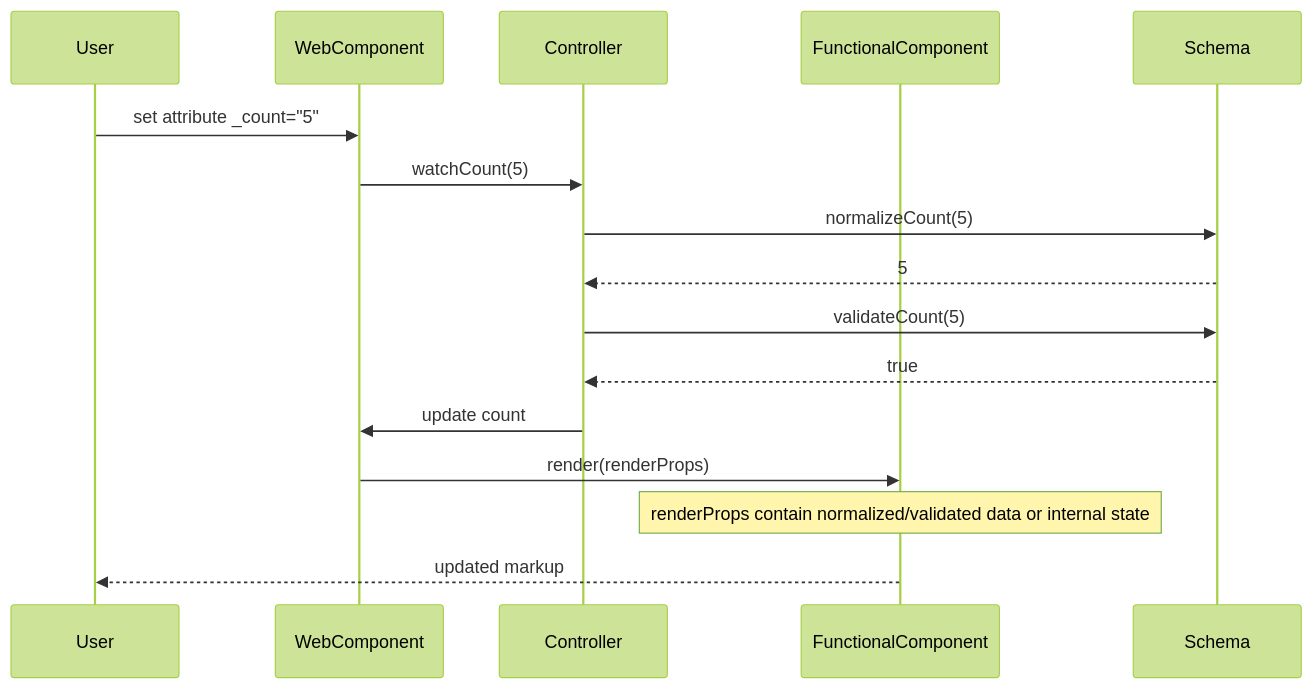
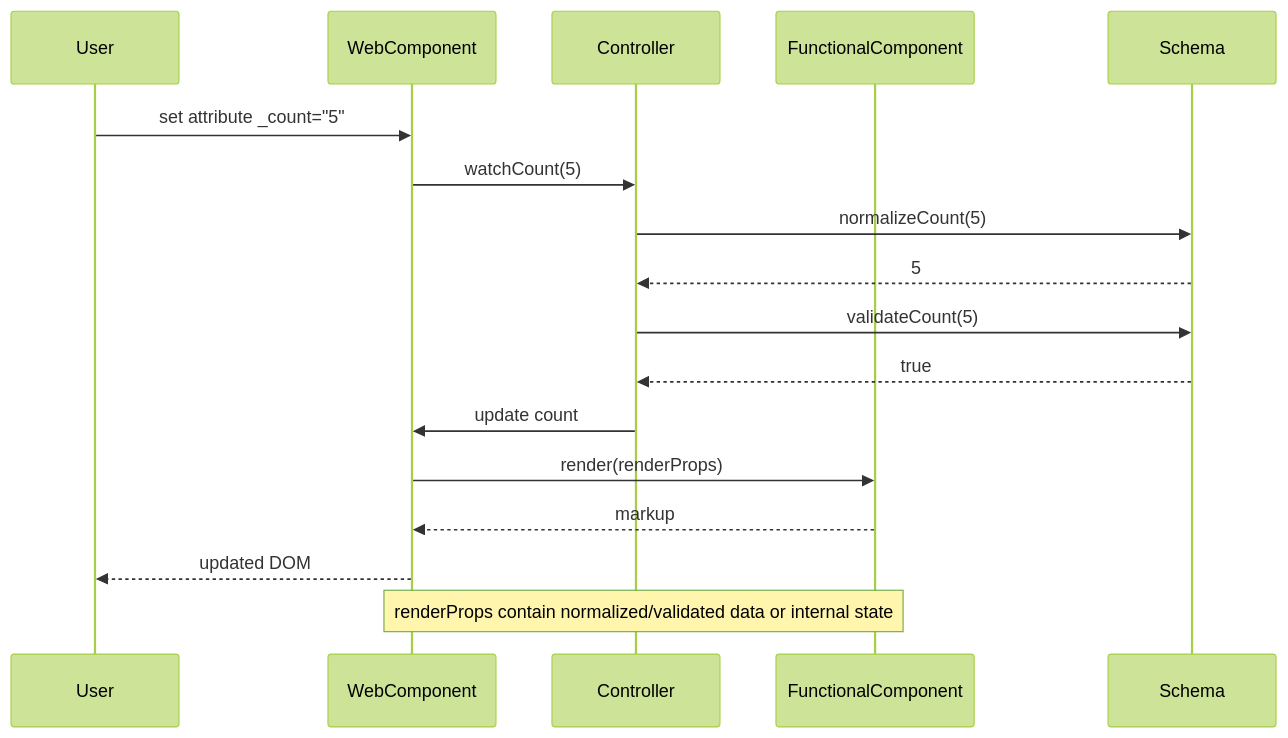
Before and after one commit to public-ui/kolibri: the third of 3 diagrams in packages/components/src/components/_skeleton/ARC42.md, drawn with Mermaid (forest theme). The commit also changed other lines of this file, not shown here.

Commit message:
docs: refine skeleton arc42 diagrams (#3248)

````diff
--- a/packages/components/src/components/_skeleton/ARC42.md
+++ b/packages/components/src/components/_skeleton/ARC42.md
@@ -127,18 +142,19 @@
 ```mermaid
 sequenceDiagram
     participant U as User
     participant WC as WebComponent
     participant CTRL as Controller
     participant FC as FunctionalComponent
     participant S as Schema
     U->>WC: set attribute _count="5"
     WC->>CTRL: watchCount(5)
     CTRL->>S: normalizeCount(5)
     S-->>CTRL: 5
     CTRL->>S: validateCount(5)
     S-->>CTRL: true
     CTRL->>WC: update count
     WC->>FC: render(renderProps)
-    Note over FC: renderProps contain normalized/validated data or internal state
-    FC-->>U: updated markup
+    FC-->>WC: markup
+    WC-->>U: updated DOM
+    Note over FC,WC: renderProps contain normalized/validated data or internal state
 ```
````
